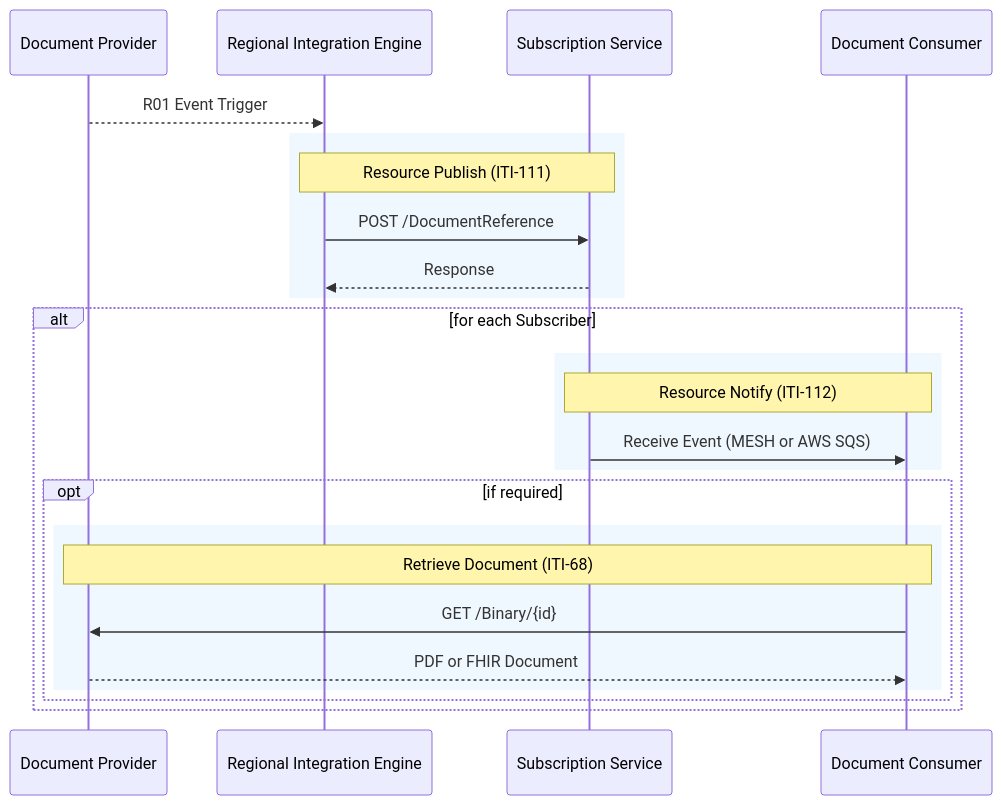
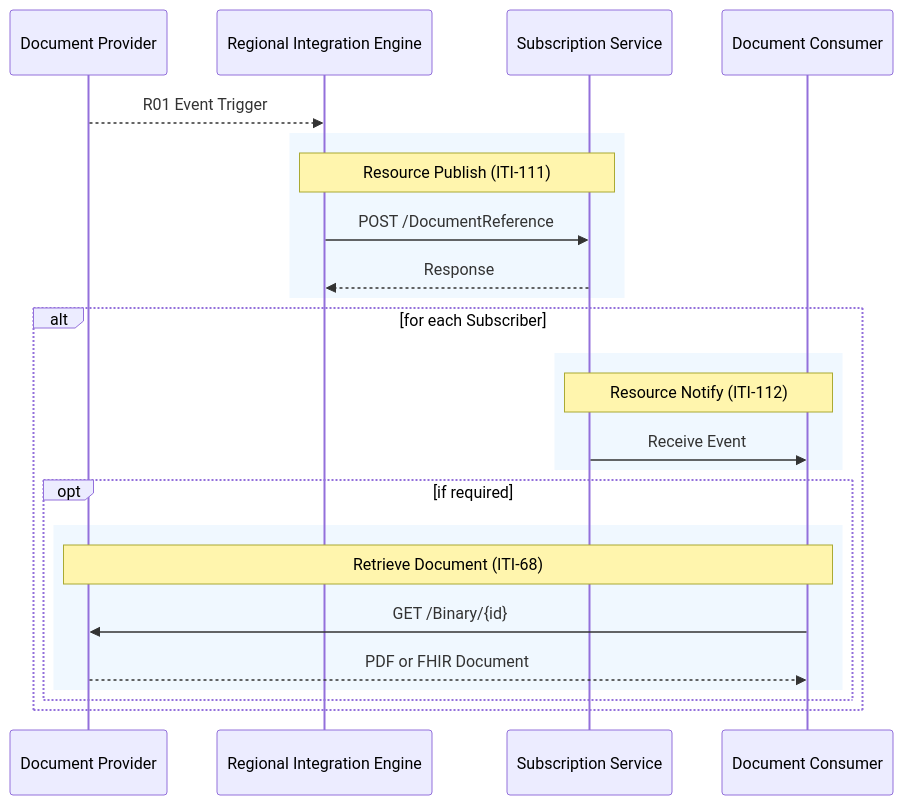
One commit to nw-gmsa/nw-gmsa.github.com changed the seventh of 7 diagrams in input/pagecontent/MHD.md. Above: the diagram before and after it, drawn with Mermaid. The commit also changed other lines of this file, not shown here.

Commit message:
Refacted LTW page

````diff
--- a/input/pagecontent/MHD.md
+++ b/input/pagecontent/MHD.md
@@ -250,33 +250,33 @@
 ```mermaid
 sequenceDiagram
 
 participant gdp as Document Provider
 participant RIE as Regional Integration Engine
 participant mns as Subscription Service
 participant consumer as Document Consumer
 
 
 gdp -->> RIE: R01 Event Trigger
 
 rect rgb(240, 248, 255)
     Note over RIE,mns:Resource Publish (ITI-111)
     RIE ->> mns: POST /DocumentReference 
     mns -->> RIE: Response
 end    
     alt for each Subscriber
         rect rgb(240, 248, 255)
         Note over mns,consumer: Resource Notify (ITI-112)
-        mns ->> consumer: Receive Event (MESH or AWS SQS)
+        mns ->> consumer: Receive Event
         end
         
  
 opt if required
     rect rgb(240, 248, 255)
         Note over gdp,consumer: Retrieve Document (ITI-68)
         consumer ->> gdp: GET /Binary/{id} 
         gdp -->> consumer: PDF or FHIR Document
     end
 end 
 end
 
 ```
````
